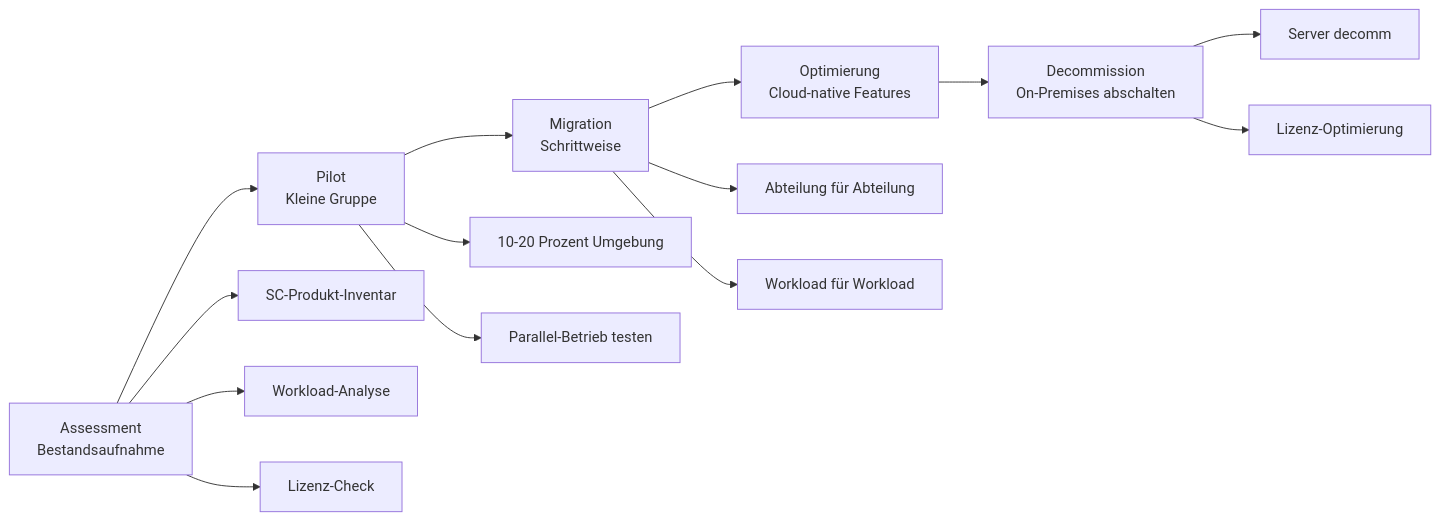
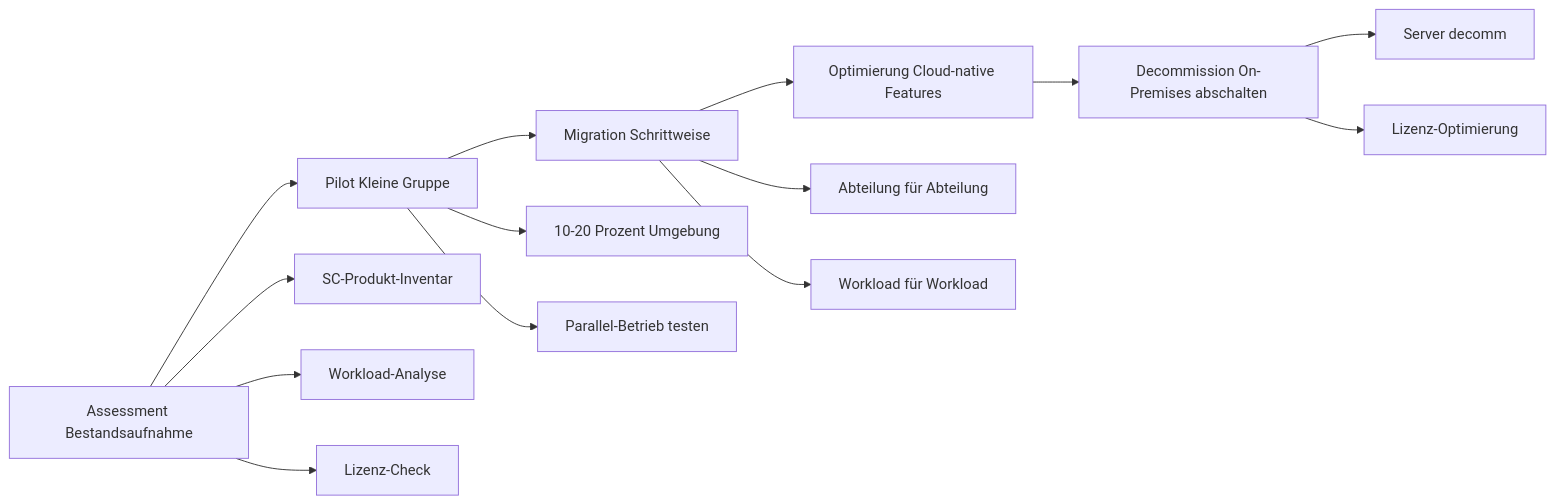
The first of 5 diagrams in Microsoft 365/System Center/System Center Azure Migration.md (SoniiiT/notes-n-docs), drawn with Mermaid before and after one commit. The commit also changed other lines of this file and 124 other files, not shown here.

First line of the commit message:
fix: Entferne \n aus allen Mermaid-Diagrammen (125 Dateien)

````diff
--- a/Microsoft 365/System Center/System Center Azure Migration.md
+++ b/Microsoft 365/System Center/System Center Azure Migration.md
@@ -43,17 +43,17 @@
 ```mermaid
 flowchart LR
-    A[Assessment\nBestandsaufnahme] --> B[Pilot\nKleine Gruppe]
-    B --> C[Migration\nSchrittweise]
-    C --> D[Optimierung\nCloud-native Features]
-    D --> E[Decommission\nOn-Premises abschalten]
+    A[Assessment Bestandsaufnahme] --> B[Pilot Kleine Gruppe]
+    B --> C[Migration Schrittweise]
+    C --> D[Optimierung Cloud-native Features]
+    D --> E[Decommission On-Premises abschalten]
 
     A --> A1[SC-Produkt-Inventar]
     A --> A2[Workload-Analyse]
     A --> A3[Lizenz-Check]
     B --> B1[10-20 Prozent Umgebung]
     B --> B2[Parallel-Betrieb testen]
     C --> C1[Abteilung für Abteilung]
     C --> C2[Workload für Workload]
     E --> E1[Server decomm]
     E --> E2[Lizenz-Optimierung]
 ```
````
